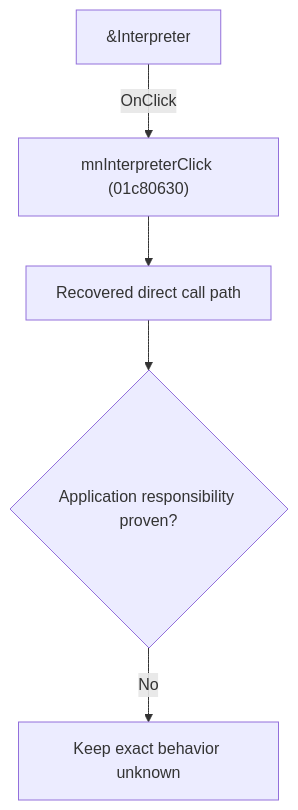
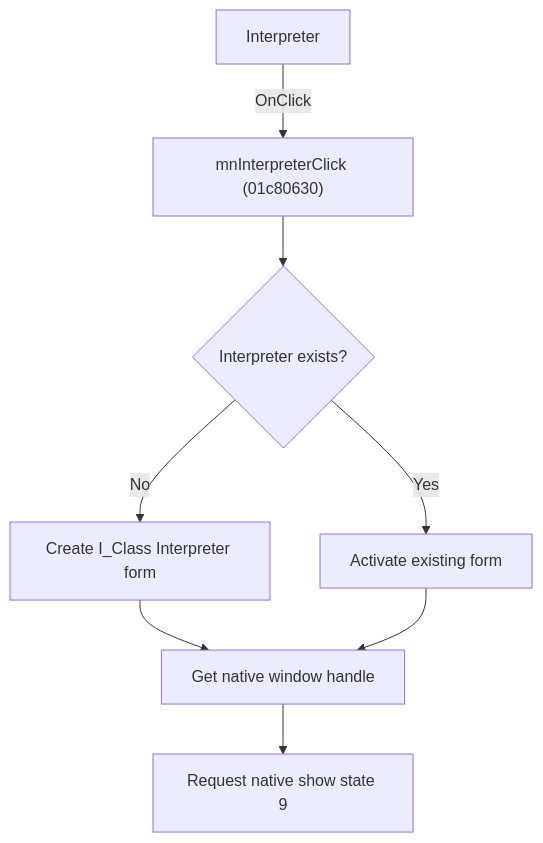
The diagram in docs/ui-controls/schematiceditor/mninterpreter-cad28ec42f.md (MovGP0/TIARA), drawn with Mermaid before and after one commit. The commit also changed other lines of this file and 241 other files, not shown here.

````diff
--- a/docs/ui-controls/schematiceditor/mninterpreter-cad28ec42f.md
+++ b/docs/ui-controls/schematiceditor/mninterpreter-cad28ec42f.md
@@ -27,7 +29,10 @@
 ```mermaid
 flowchart TD
-    control["&Interpreter"] -->|"OnClick"| handler["mnInterpreterClick (01c80630)"]
-    handler --> recovered["Recovered direct call path"]
-    recovered --> gap{"Application responsibility proven?"}
-    gap -->|"No"| blocked["Keep exact behavior unknown"]
+    control["Interpreter"] -->|OnClick| handler["mnInterpreterClick (01c80630)"]
+    handler --> exists{"Interpreter exists?"}
+    exists -->|No| create["Create I_Class Interpreter form"]
+    exists -->|Yes| activate["Activate existing form"]
+    create --> native["Get native window handle"]
+    activate --> native
+    native --> restore["Request native show state 9"]
 ```
````
